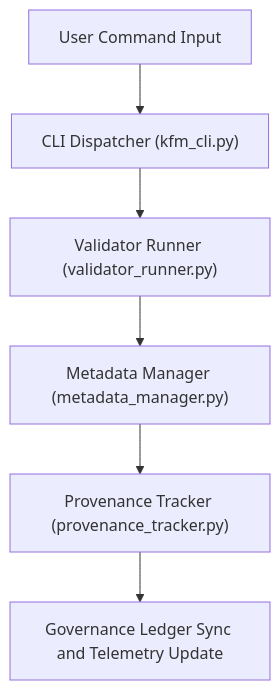
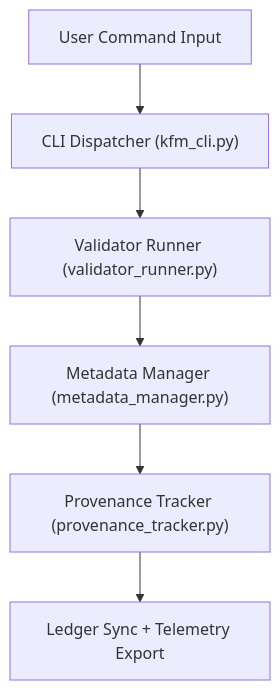
Before and after one commit to bartytime4life/Kansas-Frontier-Matrix: the diagram in tools/cli/README.md, drawn with Mermaid. The commit also changed other lines of this file, not shown here.

````diff
--- a/tools/cli/README.md
+++ b/tools/cli/README.md
@@ -74,8 +71,8 @@
 ```mermaid
 flowchart TD
-    A["User Command Input"] --> B["CLI Dispatcher (kfm_cli.py)"]
-    B --> C["Validator Runner (validator_runner.py)"]
-    C --> D["Metadata Manager (metadata_manager.py)"]
-    D --> E["Provenance Tracker (provenance_tracker.py)"]
-    E --> F["Governance Ledger Sync and Telemetry Update"]
+A["User Command Input"] --> B["CLI Dispatcher (kfm_cli.py)"]
+B --> C["Validator Runner (validator_runner.py)"]
+C --> D["Metadata Manager (metadata_manager.py)"]
+D --> E["Provenance Tracker (provenance_tracker.py)"]
+E --> F["Ledger Sync + Telemetry Export"]
 ```
````
